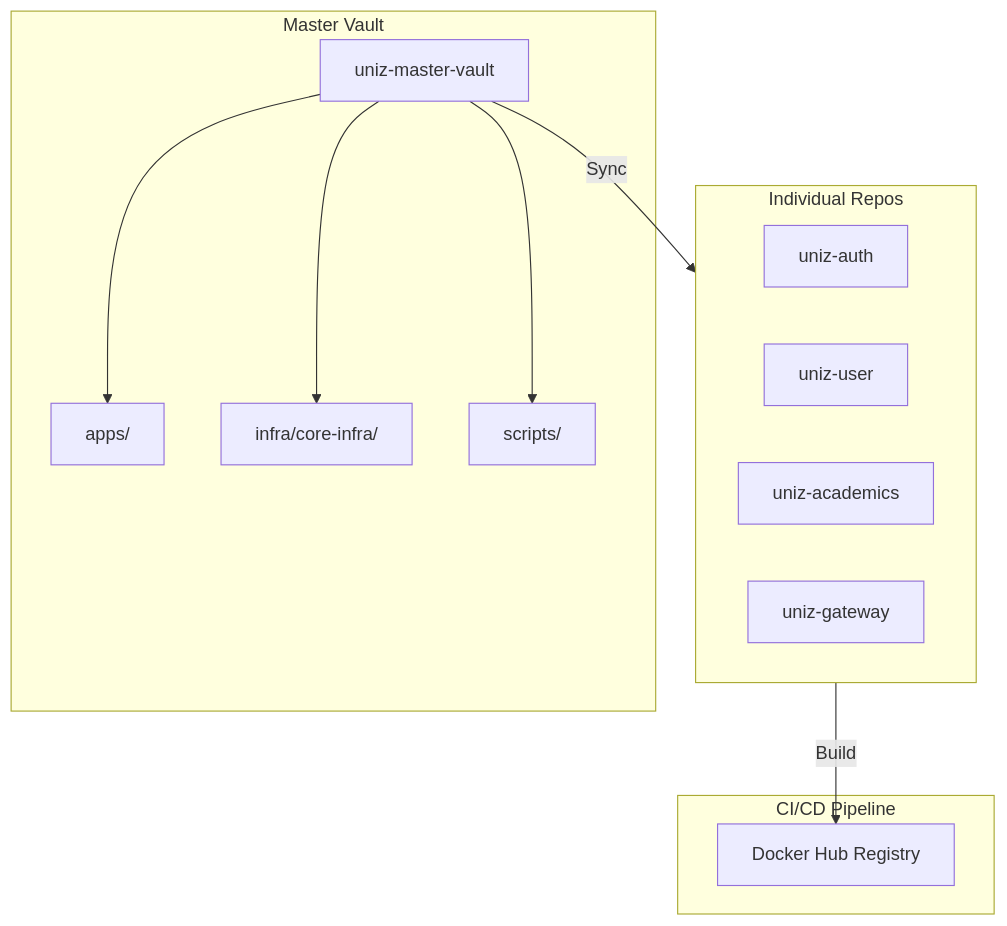
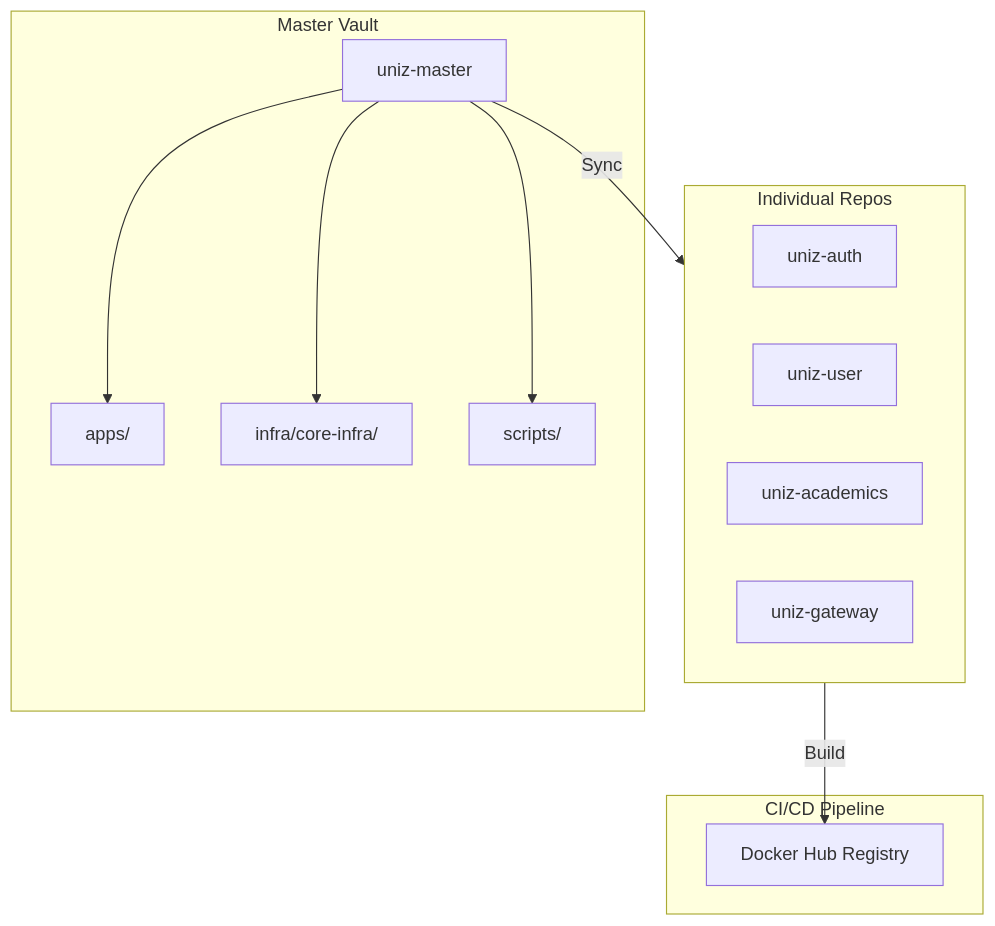
The diagram in README.md (uniz-rguktong/uniz-master), drawn with Mermaid before and after one commit. The commit also changed other lines of this file and 8 other files, not shown here.

````diff
--- a/README.md
+++ b/README.md
@@ -19,23 +19,23 @@
 ```mermaid
 graph TD
     subgraph Development_Vault [Master Vault]
-        ROOT[uniz-master-vault]
+        ROOT[uniz-master]
         ROOT --> APPS[apps/]
         ROOT --> INFRA[infra/core-infra/]
         ROOT --> SCR[scripts/]
     end
 
     subgraph Service_Repositories [Individual Repos]
         R_AUTH[uniz-auth]
         R_USER[uniz-user]
         R_ACAD[uniz-academics]
         R_GATE[uniz-gateway]
     end
 
     subgraph Computed_Layer [CI/CD Pipeline]
         DH[Docker Hub Registry]
     end
 
     ROOT -->|Sync| Service_Repositories
     Service_Repositories -->|Build| DH
 ```
````
